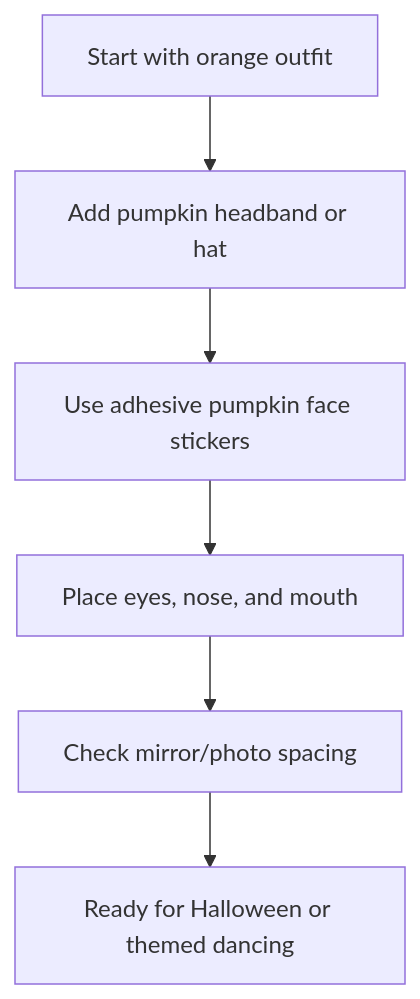
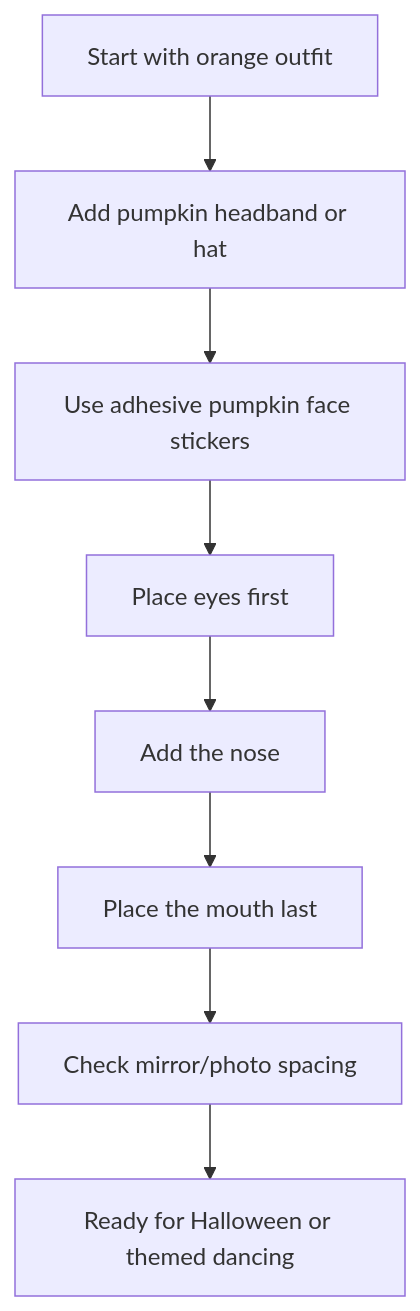
Before and after one commit to arii/tech-dancer: the diagram in content/posts/2026-04-18-halloween-costumes.md, drawn with Mermaid. The commit also changed other lines of this file and 2 other files, not shown here.

````diff
--- a/content/posts/2026-04-18-halloween-costumes.md
+++ b/content/posts/2026-04-18-halloween-costumes.md
@@ -48,8 +48,10 @@
 ```mermaid
 flowchart TD
     A[Start with orange outfit] --> B[Add pumpkin headband or hat]
     B --> C[Use adhesive pumpkin face stickers]
-    C --> D[Place eyes, nose, and mouth]
-    D --> E[Check mirror/photo spacing]
-    E --> F[Ready for Halloween or themed dancing]
+    C --> D[Place eyes first]
+    D --> E[Add the nose]
+    E --> F[Place the mouth last]
+    F --> G[Check mirror/photo spacing]
+    G --> H[Ready for Halloween or themed dancing]
 ```
````
